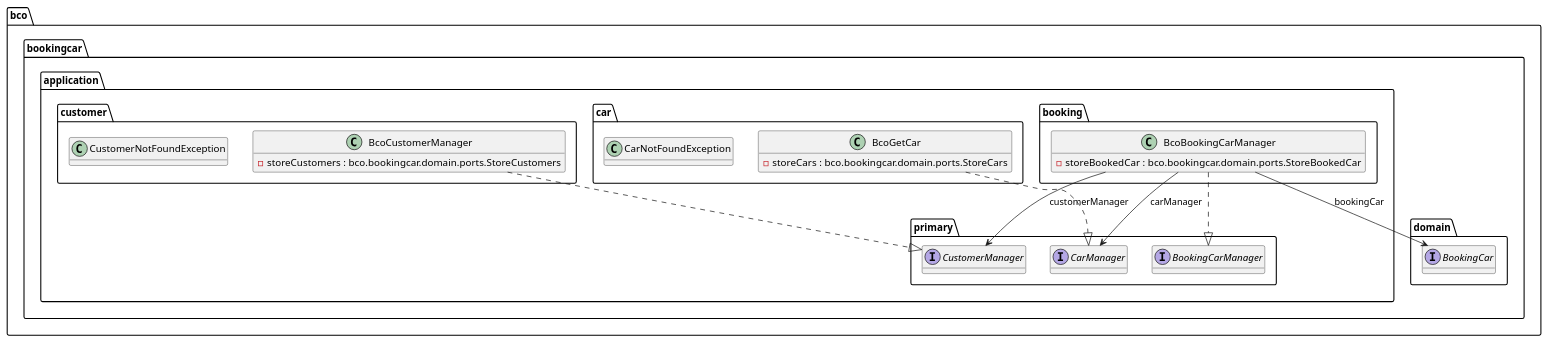
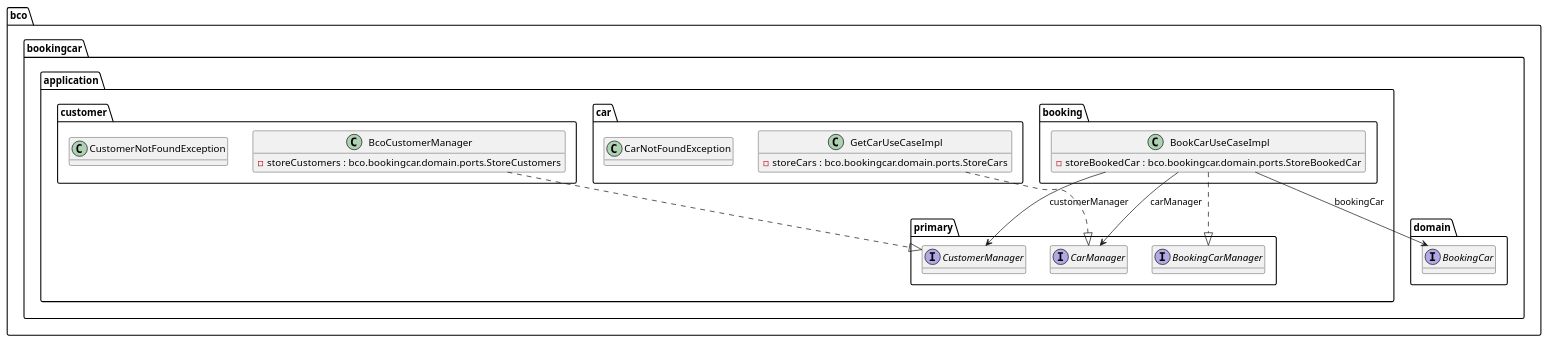
The diagram in bookingcar-application/docs/application.puml (benjamins44/bookingcar), drawn with PlantUML before and after one commit. The commit also changed 73 other files, not shown here.

Commit message:
feat(BookingCar): add presenter + hateoas

```diff
--- a/bookingcar-application/docs/application.puml
+++ b/bookingcar-application/docs/application.puml
@@ -1,63 +1,63 @@
 @startuml
 
-class bco.bookingcar.application.booking.BcoBookingCarManager {
+class bco.bookingcar.application.booking.BookCarUseCaseImpl {
 	{field} -storeBookedCar : bco.bookingcar.domain.ports.StoreBookedCar
 	{method} +book ( paramUUID1 : java.util.UUID , paramUUID2 : java.util.UUID , paramPeriod3 : bco.bookingcar.domain.shared.Period ) : bco.bookingcar.domain.booking.BookedCar
 	{method} +search ( paramSearchAvailableCarsCriterias1 : bco.bookingcar.domain.booking.SearchAvailableCarsCriterias ) : java.util.List
 }
 
 
-class bco.bookingcar.application.car.BcoGetCar {
+class bco.bookingcar.application.car.GetCarUseCaseImpl {
 	{field} -storeCars : bco.bookingcar.domain.ports.StoreCars
 	{method} +findById ( paramUUID1 : java.util.UUID ) : bco.bookingcar.domain.car.Car
 }
 
 
 class bco.bookingcar.application.car.CarNotFoundException {
 }
 
 
 class bco.bookingcar.application.customer.BcoCustomerManager {
 	{field} -storeCustomers : bco.bookingcar.domain.ports.StoreCustomers
 	{method} +findById ( paramUUID1 : java.util.UUID ) : bco.bookingcar.domain.customer.Customer
 }
 
 
 class bco.bookingcar.application.customer.CustomerNotFoundException {
 }
 
 
 interface bco.bookingcar.application.primary.BookingCarManager {
 	{method}  {abstract} +book ( paramUUID1 : java.util.UUID , paramUUID2 : java.util.UUID , paramPeriod3 : bco.bookingcar.domain.shared.Period ) : bco.bookingcar.domain.booking.BookedCar
 	{method}  {abstract} +search ( paramSearchAvailableCarsCriterias1 : bco.bookingcar.domain.booking.SearchAvailableCarsCriterias ) : java.util.List
 }
 
 
 interface bco.bookingcar.application.primary.CarManager {
 	{method}  {abstract} +findById ( paramUUID1 : java.util.UUID ) : bco.bookingcar.domain.car.Car
 }
 
 
 interface bco.bookingcar.application.primary.CustomerManager {
 	{method}  {abstract} +findById ( paramUUID1 : java.util.UUID ) : bco.bookingcar.domain.customer.Customer
 }
 
 
 interface bco.bookingcar.domain.BookingCar {
 	{method}  {abstract} +book ( paramBookingCarAttempt1 : bco.bookingcar.domain.booking.BookingCarAttempt ) : bco.bookingcar.domain.booking.BookedCar
 	{method}  {abstract} +search ( paramSearchAvailableCarsCriterias1 : bco.bookingcar.domain.booking.SearchAvailableCarsCriterias ) : java.util.List
 }
 
 
 
 
-bco.bookingcar.application.booking.BcoBookingCarManager -->  bco.bookingcar.application.primary.CarManager : carManager
-bco.bookingcar.application.booking.BcoBookingCarManager -->  bco.bookingcar.application.primary.CustomerManager : customerManager
-bco.bookingcar.application.booking.BcoBookingCarManager -->  bco.bookingcar.domain.BookingCar : bookingCar
-bco.bookingcar.application.booking.BcoBookingCarManager ..|>  bco.bookingcar.application.primary.BookingCarManager
-bco.bookingcar.application.car.BcoGetCar ..|>  bco.bookingcar.application.primary.CarManager
+bco.bookingcar.application.booking.BookCarUseCaseImpl -->  bco.bookingcar.application.primary.CarManager : carManager
+bco.bookingcar.application.booking.BookCarUseCaseImpl -->  bco.bookingcar.application.primary.CustomerManager : customerManager
+bco.bookingcar.application.booking.BookCarUseCaseImpl -->  bco.bookingcar.domain.BookingCar : bookingCar
+bco.bookingcar.application.booking.BookCarUseCaseImpl ..|>  bco.bookingcar.application.primary.BookingCarManager
+bco.bookingcar.application.car.GetCarUseCaseImpl ..|>  bco.bookingcar.application.primary.CarManager
 bco.bookingcar.application.customer.BcoCustomerManager ..|>  bco.bookingcar.application.primary.CustomerManager
 
 hide methods
 
 @enduml
```
